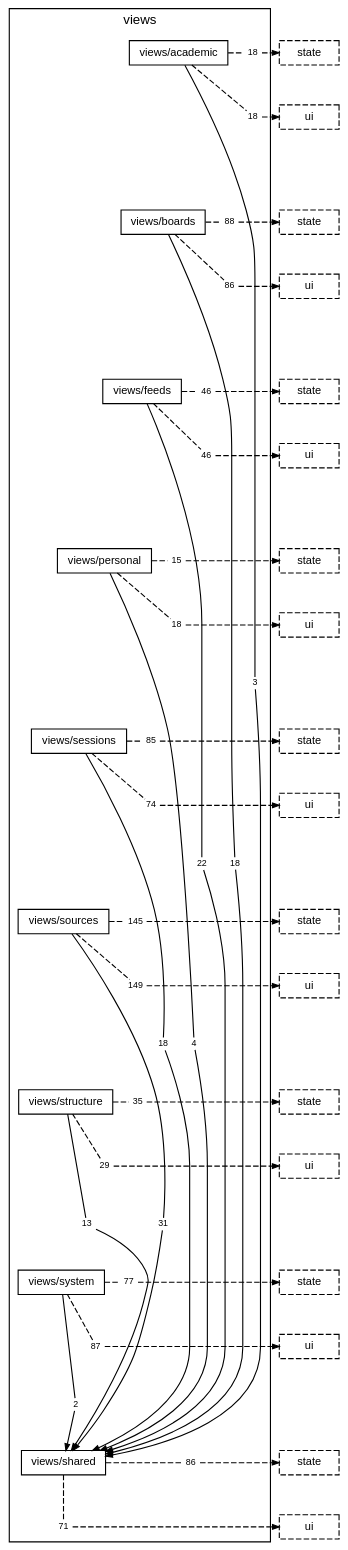
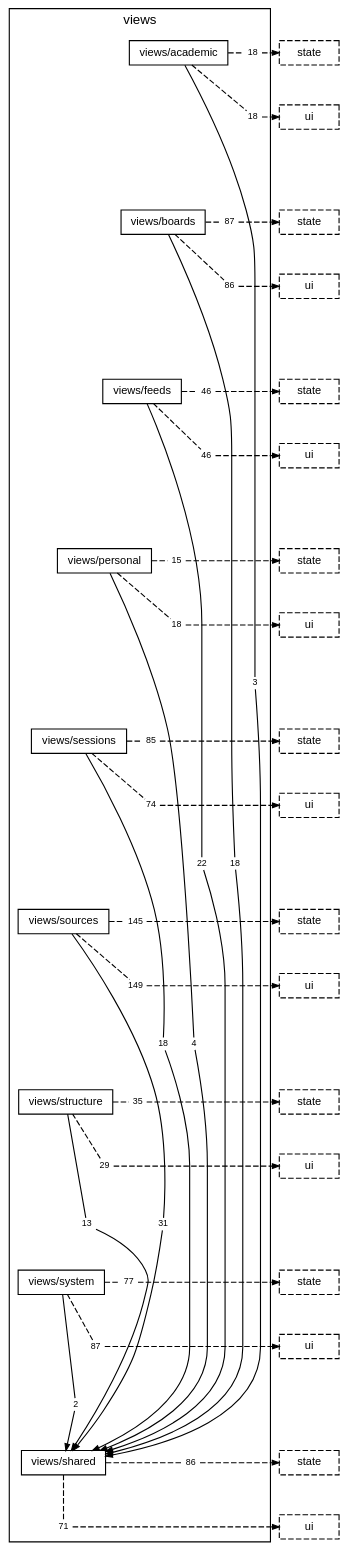
Before and after one commit to TheAxeC/oculus: the diagram in docs/diagrams/layer-views.dot, drawn with Graphviz. The commit also changed 39 other files, not shown here.

```diff
--- a/docs/diagrams/layer-views.dot
+++ b/docs/diagrams/layer-views.dot
@@ -17,7 +17,7 @@
         "folder views/academic to layer state" [label="18", shape=box, color="transparent", fontsize=8, width=0, height=0, margin="0.04,0.02"];
         "folder views/academic to layer ui" [label="18", shape=box, color="transparent", fontsize=8, width=0, height=0, margin="0.04,0.02"];
         "folder views/boards to folder views/shared" [label="18", shape=box, color="transparent", fontsize=8, width=0, height=0, margin="0.04,0.02"];
-        "folder views/boards to layer state" [label="88", shape=box, color="transparent", fontsize=8, width=0, height=0, margin="0.04,0.02"];
+        "folder views/boards to layer state" [label="87", shape=box, color="transparent", fontsize=8, width=0, height=0, margin="0.04,0.02"];
         "folder views/boards to layer ui" [label="86", shape=box, color="transparent", fontsize=8, width=0, height=0, margin="0.04,0.02"];
         "folder views/feeds to folder views/shared" [label="22", shape=box, color="transparent", fontsize=8, width=0, height=0, margin="0.04,0.02"];
         "folder views/feeds to layer state" [label="46", shape=box, color="transparent", fontsize=8, width=0, height=0, margin="0.04,0.02"];
```
